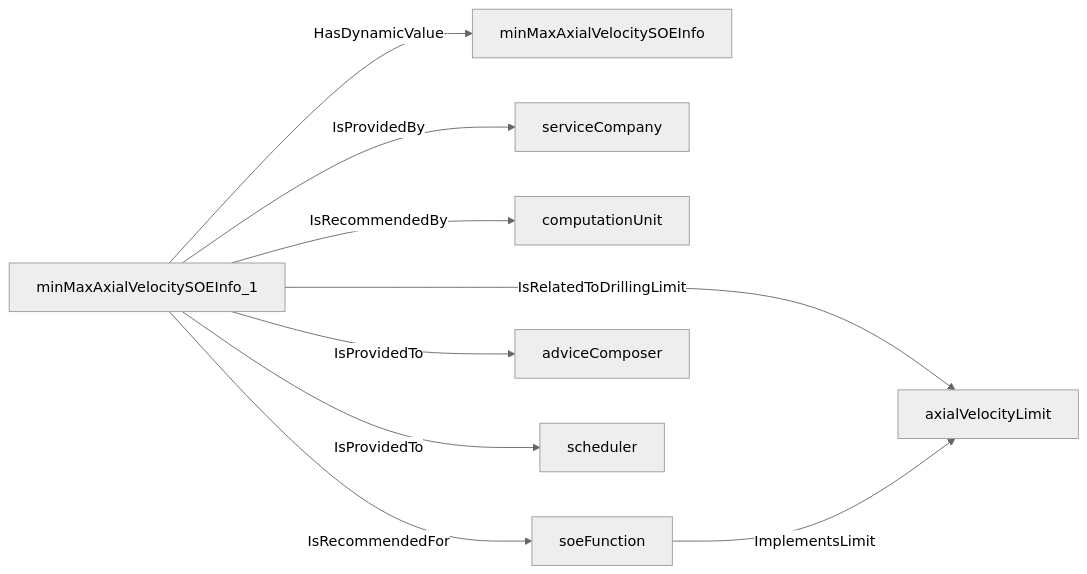
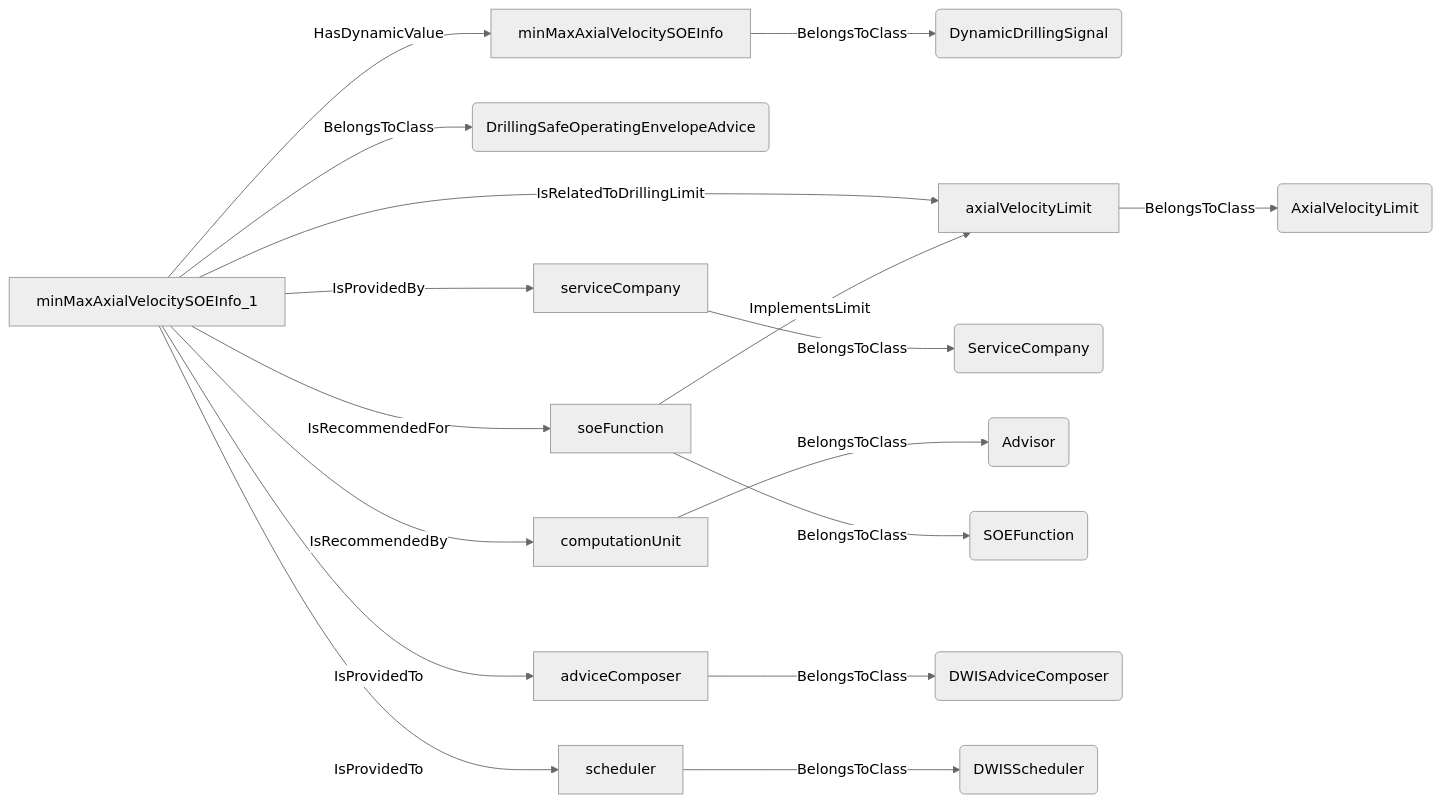
One commit to D-WIS/DDHub-Semantic-Interoperability changed the second of 11 diagrams in docs/vocabulary_development/auto-generated/md/definition-files/DrillingLimit.md. Above: the diagram before and after it, drawn with Mermaid (neutral theme). The commit also changed other lines of this file and 14 other files, not shown here.

````diff
--- a/docs/vocabulary_development/auto-generated/md/definition-files/DrillingLimit.md
+++ b/docs/vocabulary_development/auto-generated/md/definition-files/DrillingLimit.md
@@ -50,11 +50,19 @@
 ```mermaid
 graph LR
-	N0000[minMaxAxialVelocitySOEInfo_1] -->|HasDynamicValue| N0001[minMaxAxialVelocitySOEInfo] 
-	N0000[minMaxAxialVelocitySOEInfo_1] -->|IsRelatedToDrillingLimit| N0002[axialVelocityLimit] 
-	N0000[minMaxAxialVelocitySOEInfo_1] -->|IsProvidedBy| N0003[serviceCompany] 
-	N0000[minMaxAxialVelocitySOEInfo_1] -->|IsRecommendedBy| N0004[computationUnit] 
-	N0005[soeFunction] -->|ImplementsLimit| N0002[axialVelocityLimit] 
-	N0000[minMaxAxialVelocitySOEInfo_1] -->|IsRecommendedFor| N0005[soeFunction] 
-	N0000[minMaxAxialVelocitySOEInfo_1] -->|IsProvidedTo| N0006[adviceComposer] 
-	N0000[minMaxAxialVelocitySOEInfo_1] -->|IsProvidedTo| N0007[scheduler] 
+	N0000[minMaxAxialVelocitySOEInfo] -->|BelongsToClass| N0001(DynamicDrillingSignal) 
+	N0002[minMaxAxialVelocitySOEInfo_1] -->|BelongsToClass| N0003(DrillingSafeOperatingEnvelopeAdvice) 
+	N0002[minMaxAxialVelocitySOEInfo_1] -->|HasDynamicValue| N0000[minMaxAxialVelocitySOEInfo] 
+	N0004[axialVelocityLimit] -->|BelongsToClass| N0005(AxialVelocityLimit) 
+	N0002[minMaxAxialVelocitySOEInfo_1] -->|IsRelatedToDrillingLimit| N0004[axialVelocityLimit] 
+	N0006[serviceCompany] -->|BelongsToClass| N0007(ServiceCompany) 
+	N0002[minMaxAxialVelocitySOEInfo_1] -->|IsProvidedBy| N0006[serviceCompany] 
+	N0008[computationUnit] -->|BelongsToClass| N0009(Advisor) 
+	N0002[minMaxAxialVelocitySOEInfo_1] -->|IsRecommendedBy| N0008[computationUnit] 
+	N0010[soeFunction] -->|BelongsToClass| N0011(SOEFunction) 
+	N0010[soeFunction] -->|ImplementsLimit| N0004[axialVelocityLimit] 
+	N0002[minMaxAxialVelocitySOEInfo_1] -->|IsRecommendedFor| N0010[soeFunction] 
+	N0012[adviceComposer] -->|BelongsToClass| N0013(DWISAdviceComposer) 
+	N0002[minMaxAxialVelocitySOEInfo_1] -->|IsProvidedTo| N0012[adviceComposer] 
+	N0014[scheduler] -->|BelongsToClass| N0015(DWISScheduler) 
+	N0002[minMaxAxialVelocitySOEInfo_1] -->|IsProvidedTo| N0014[scheduler] 
 ```
````
